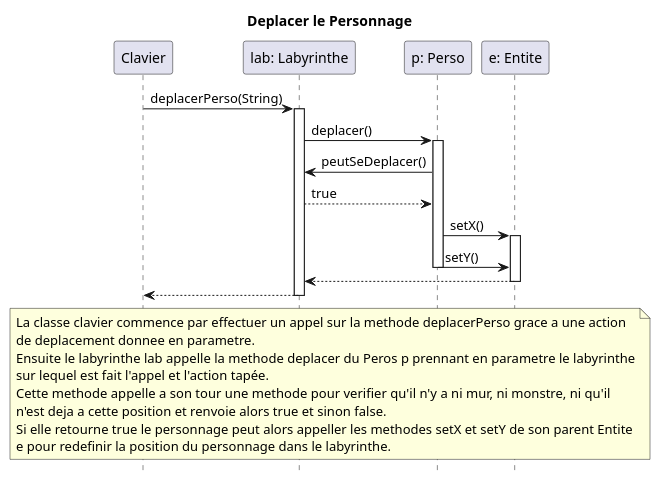
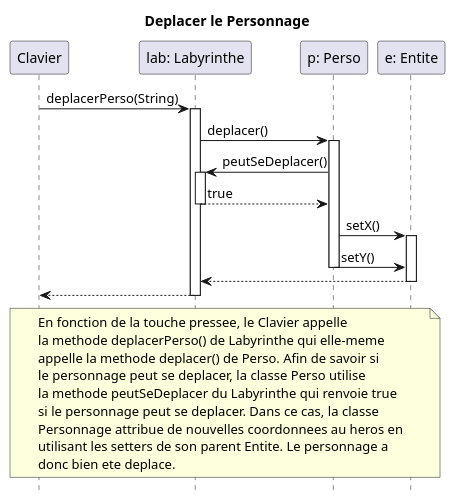
One commit to Erwanquilliou/2024_Zeldiablo_quilliou2u_leveque58u changed the diagram in zeldiablo/documents/version_1/diagseq_deplacer.puml. Above: the diagram before and after it, drawn with PlantUML. The commit also changed 3 other files, not shown here.

Commit message:
diagramme sequence v1 description finie

```diff
--- a/zeldiablo/documents/version_1/diagseq_deplacer.puml
+++ b/zeldiablo/documents/version_1/diagseq_deplacer.puml
@@ -1,38 +1,41 @@
 @startuml
 hide footbox
 
 title Deplacer le Personnage
 
 participant "Clavier" as c
 participant "lab: Labyrinthe" as l
 participant "p: Perso" as p
 participant "e: Entite" as e
 
 
-    c -> l : deplacerPerso(String)
-    activate l
+c -> l : deplacerPerso(String)
+activate l
     l -> p : deplacer()
     activate p
-    p -> l : peutSeDeplacer()
-    l --> p : true
-    p -> e : setX()
-    activate e
-     p -> e : setY()
+        p -> l : peutSeDeplacer()
+        activate l
+            l --> p : true
+        deactivate l
+        p -> e : setX()
+        activate e
+         p -> e : setY()
     deactivate p
     e --> l
     deactivate e
     l--> c
-    deactivate
+deactivate l
 
 note across
-La classe clavier commence par effectuer un appel sur la methode deplacerPerso grace a une action
-de deplacement donnee en parametre.
-Ensuite le labyrinthe lab appelle la methode deplacer du Peros p prennant en parametre le labyrinthe
-sur lequel est fait l'appel et l'action tapée.
-Cette methode appelle a son tour une methode pour verifier qu'il n'y a ni mur, ni monstre, ni qu'il
-n'est deja a cette position et renvoie alors true et sinon false.
-Si elle retourne true le personnage peut alors appeller les methodes setX et setY de son parent Entite
-e pour redefinir la position du personnage dans le labyrinthe.
+En fonction de la touche pressee, le Clavier appelle
+la methode deplacerPerso() de Labyrinthe qui elle-meme
+appelle la methode deplacer() de Perso. Afin de savoir si
+le personnage peut se deplacer, la classe Perso utilise
+la methode peutSeDeplacer du Labyrinthe qui renvoie true
+si le personnage peut se deplacer. Dans ce cas, la classe
+Personnage attribue de nouvelles coordonnees au heros en
+utilisant les setters de son parent Entite. Le personnage a
+donc bien ete deplace.
 end note
 
 @enduml
```
